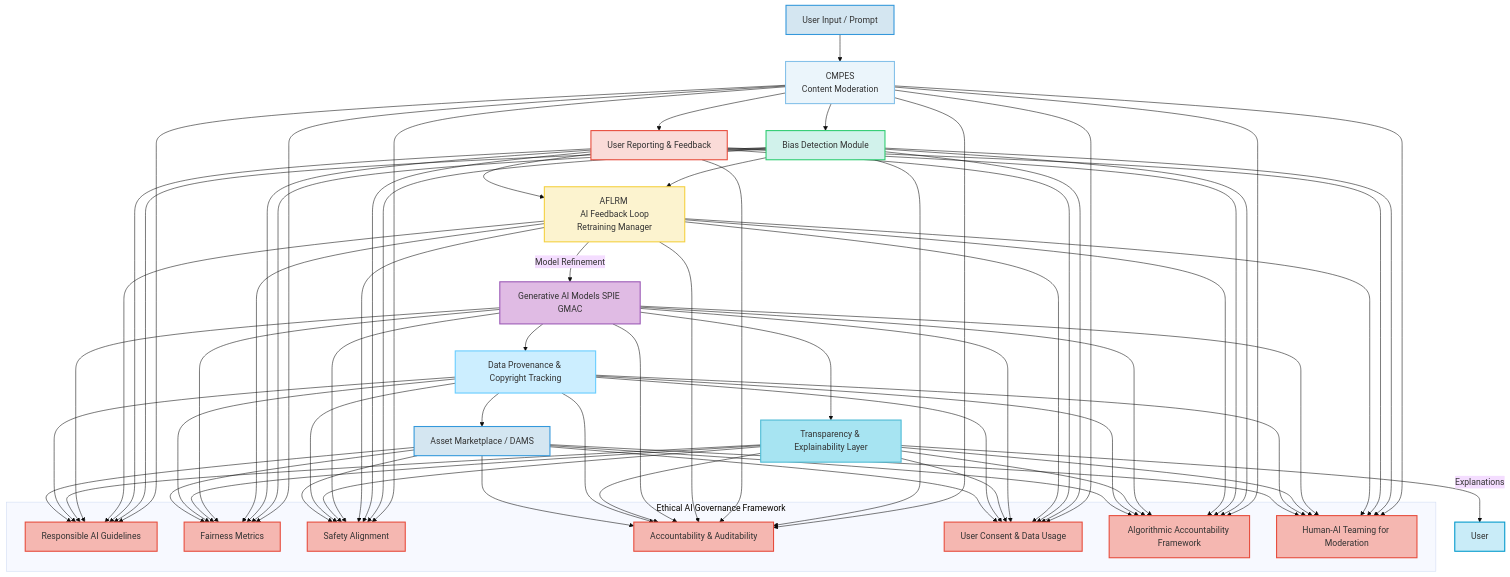
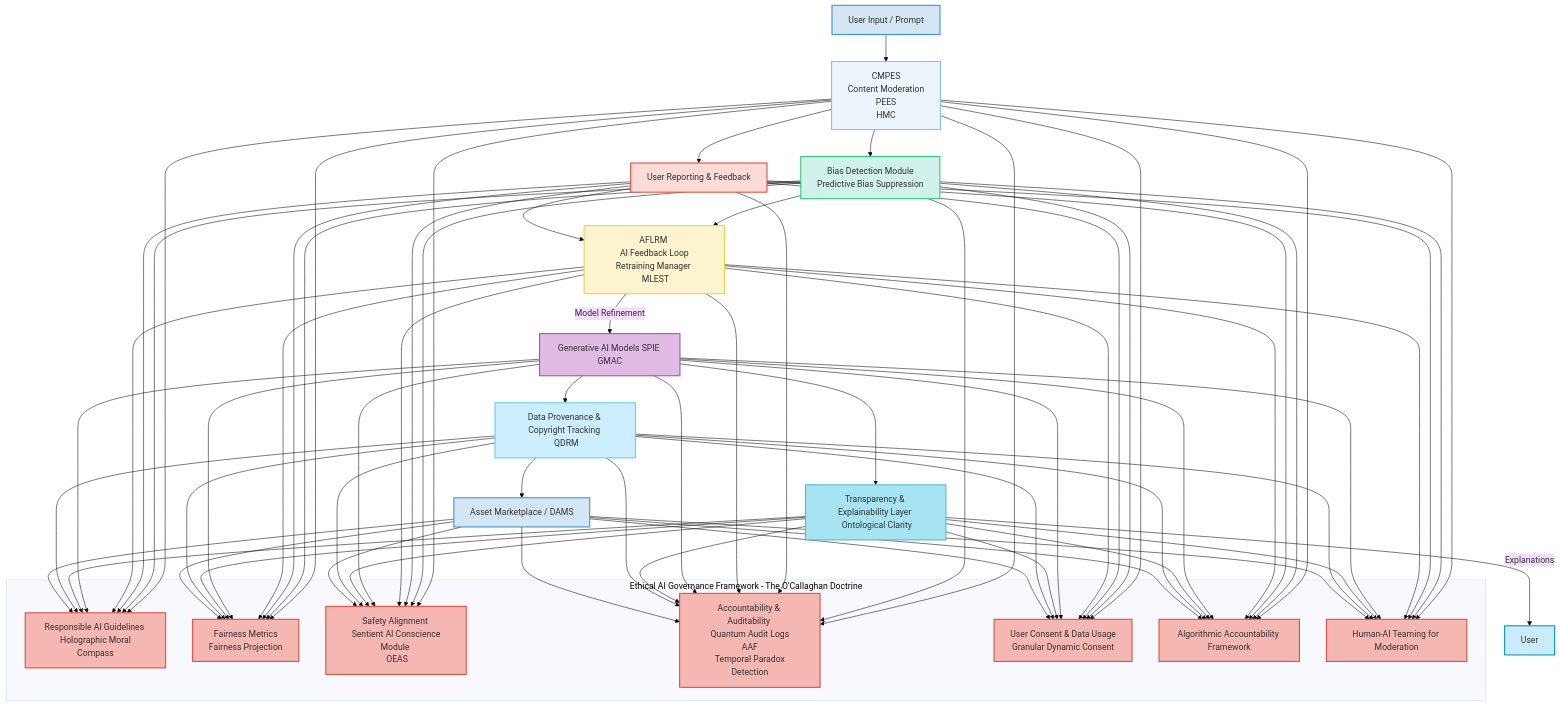
Diagram 12 of 12 in inventions/001_generative_ui_background.md (diplomat-bit/Citibank_Demo_Business_Inc_Demonstration-), drawn with Mermaid (base theme) before and after one commit. The commit also changed other lines of this file, not shown here.

````diff
--- a/inventions/001_generative_ui_background.md
+++ b/inventions/001_generative_ui_background.md
@@ -538,40 +568,40 @@
 ```mermaid
 graph TD
-    A[User Input / Prompt] --> B[CMPES <br> Content Moderation];
-    B --> C[Bias Detection Module];
+    A[User Input / Prompt] --> B[CMPES <br> Content Moderation <br> PEES <br> HMC];
+    B --> C[Bias Detection Module <br> Predictive Bias Suppression];
     B --> D[User Reporting & Feedback];
-    C & D --> E[AFLRM <br> AI Feedback Loop Retraining Manager];
+    C & D --> E[AFLRM <br> AI Feedback Loop Retraining Manager <br> MLEST];
     E -- Model Refinement --> F[Generative AI Models SPIE GMAC];
-    F --> G[Transparency & Explainability Layer];
+    F --> G[Transparency & Explainability Layer <br> Ontological Clarity];
     G -- Explanations --> H[User];
-    F --> I[Data Provenance & Copyright Tracking];
+    F --> I[Data Provenance & Copyright Tracking <br> QDRM];
     I --> J[Asset Marketplace / DAMS];
-    subgraph Ethical AI Governance Framework
-        Responsibility[Responsible AI Guidelines]
-        Fairness[Fairness Metrics]
-        Safety[Safety Alignment]
-        Accountability[Accountability & Auditability]
-        Consent[User Consent & Data Usage]
+    subgraph Ethical AI Governance Framework - The O'Callaghan Doctrine
+        Responsibility[Responsible AI Guidelines <br> Holographic Moral Compass]
+        Fairness[Fairness Metrics <br> Fairness Projection]
+        Safety[Safety Alignment <br> Sentient AI Conscience Module <br> OEAS]
+        Accountability[Accountability & Auditability <br> Quantum Audit Logs <br> AAF <br> Temporal Paradox Detection]
+        Consent[User Consent & Data Usage <br> Granular Dynamic Consent]
         Algorithmic_A[Algorithmic Accountability Framework]
         Human_AI_T[Human-AI Teaming for Moderation]
     end
     B & C & D & E & F & G & I & J --> Responsibility & Fairness & Safety & Accountability & Consent & Algorithmic_A & Human_AI_T;
 
     style A fill:#D4E6F1,stroke:#3498DB,stroke-width:2px;
     style B fill:#EBF5FB,stroke:#85C1E9,stroke-width:2px;
     style C fill:#D1F2EB,stroke:#2ECC71,stroke-width:2px;
     style D fill:#FADBD8,stroke:#E74C3C,stroke-width:2px;
     style E fill:#FCF3CF,stroke:#F4D03F,stroke-width:2px;
     style F fill:#E0BBE4,stroke:#9B59B6,stroke-width:2px;
     style G fill:#A7E4F2,stroke:#4DBBD5,stroke-width:2px;
     style H fill:#C9ECF8,stroke:#0099CC,stroke-width:2px;
     style I fill:#CCEEFF,stroke:#66CCFF,stroke-width:2px;
     style J fill:#D4E6F1,stroke:#3498DB,stroke-width:2px;
     style Responsibility fill:#F5B7B1,stroke:#E74C3C,stroke-width:2px;
     style Fairness fill:#F5B7B1,stroke:#E74C3C,stroke-width:2px;
     style Safety fill:#F5B7B1,stroke:#E74C3C,stroke-width:2px;
     style Accountability fill:#F5B7B1,stroke:#E74C3C,stroke-width:2px;
     style Consent fill:#F5B7B1,stroke:#E74C3C,stroke-width:2px;
     style Algorithmic_A fill:#F5B7B1,stroke:#E74C3C,stroke-width:2px;
     style Human_AI_T fill:#F5B7B1,stroke:#E74C3C,stroke-width:2px;
 ```
````
